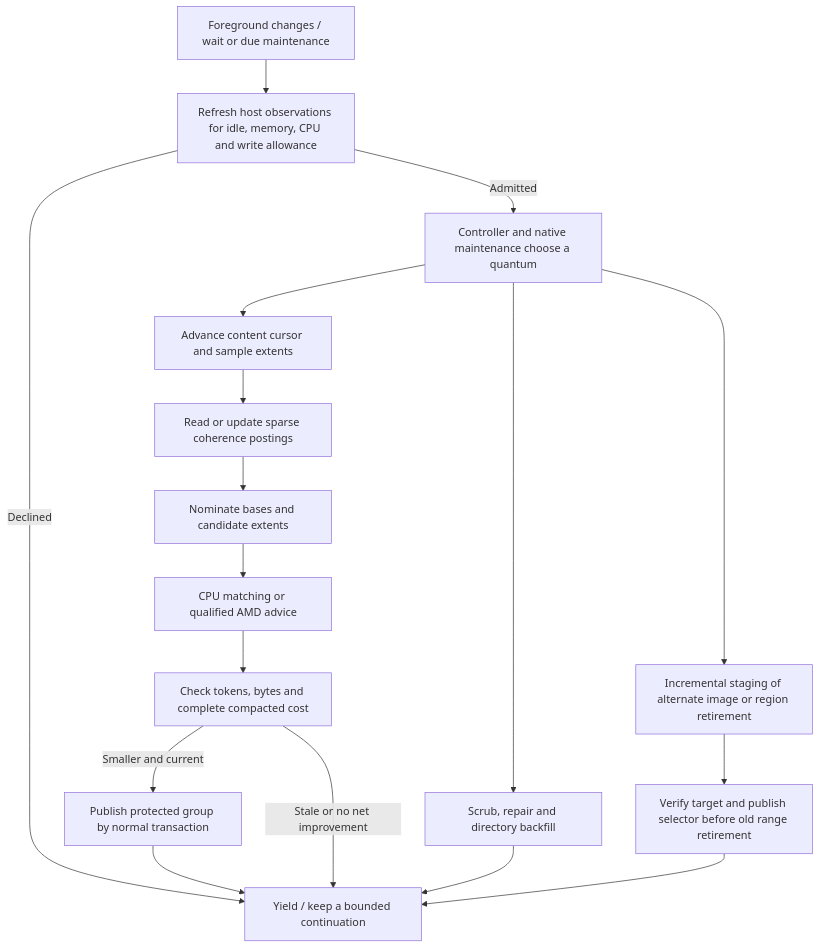
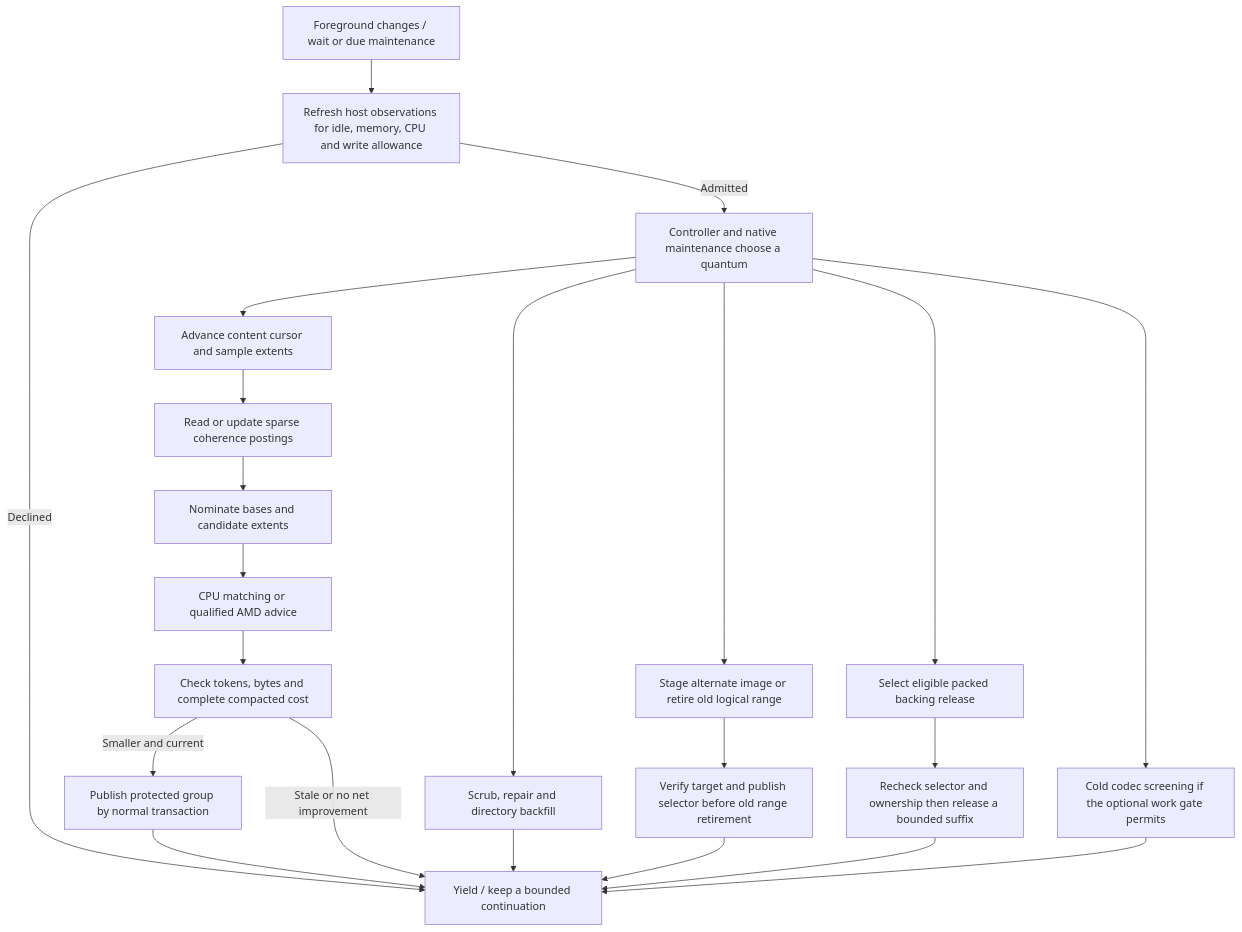
One commit to strmt7/FlitzFS changed the ninth of 12 diagrams in docs/architecture/CURRENT.md. Above: the diagram before and after it, drawn with Mermaid. The commit also changed other lines of this file and 16 other files, not shown here.

Commit message:
Decouple packed backing release and refresh the stable release plan

````diff
--- a/docs/architecture/CURRENT.md
+++ b/docs/architecture/CURRENT.md
@@ -315,19 +316,24 @@
 ```mermaid
 flowchart TD
     Wake["Foreground changes / wait or due maintenance"] --> Budget["Refresh host observations for idle, memory, CPU and write allowance"]
     Budget -->|Declined| Yield["Yield / keep a bounded continuation"]
     Budget -->|Admitted| Decide["Controller and native maintenance choose a quantum"]
     Decide --> Scan["Advance content cursor and sample extents"]
     Scan --> Postings["Read or update sparse coherence postings"]
     Postings --> Plan["Nominate bases and candidate extents"]
     Decide --> Repair["Scrub, repair and directory backfill"]
-    Decide --> Reclaim["Incremental staging of alternate image or region retirement"]
+    Decide --> Reclaim["Stage alternate image or retire old logical range"]
+    Decide --> Tail["Select eligible packed backing release"]
+    Decide --> Screen["Cold codec screening if the optional work gate permits"]
     Plan --> Search["CPU matching or qualified AMD advice"]
     Search --> Compare["Check tokens, bytes and complete compacted cost"]
     Compare -->|Smaller and current| Publish["Publish protected group by normal transaction"]
     Compare -->|Stale or no net improvement| Yield
     Repair --> Yield
     Reclaim --> Commit["Verify target and publish selector before old range retirement"]
+    Tail --> Allocator["Recheck selector and ownership then release a bounded suffix"]
+    Allocator --> Yield
+    Screen --> Yield
     Commit --> Yield
     Publish --> Yield
 ```
````
